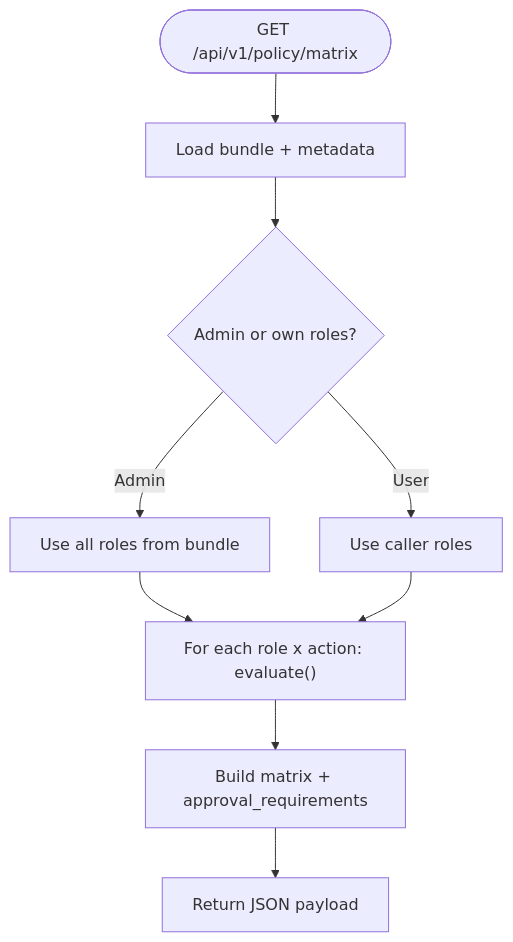
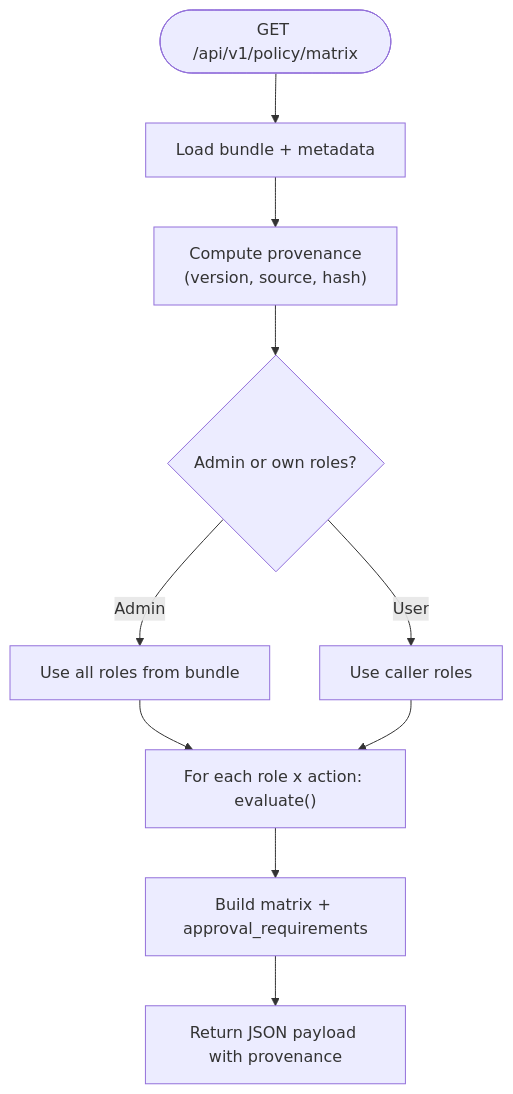
Before and after one commit to metasync/luban-aiops: the fourth of 7 diagrams in .qoder/repowiki/en/content/Policy Management/Policy Rollout Controls Spike.md, drawn with Mermaid. The commit also changed other lines of this file and 16 other files, not shown here.

````diff
--- a/.qoder/repowiki/en/content/Policy Management/Policy Rollout Controls Spike.md
+++ b/.qoder/repowiki/en/content/Policy Management/Policy Rollout Controls Spike.md
@@ -189,11 +220,12 @@
 ```mermaid
 flowchart TD
 Start(["GET /api/v1/policy/matrix"]) --> Load["Load bundle + metadata"]
-Load --> Roles{"Admin or own roles?"}
+Load --> Prov["Compute provenance<br/>(version, source, hash)"]
+Prov --> Roles{"Admin or own roles?"}
 Roles --> |Admin| Full["Use all roles from bundle"]
 Roles --> |User| Own["Use caller roles"]
 Full --> Eval["For each role x action: evaluate()"]
 Own --> Eval
 Eval --> Build["Build matrix + approval_requirements"]
-Build --> Return["Return JSON payload"]
+Build --> Return["Return JSON payload with provenance"]
 ```
````
